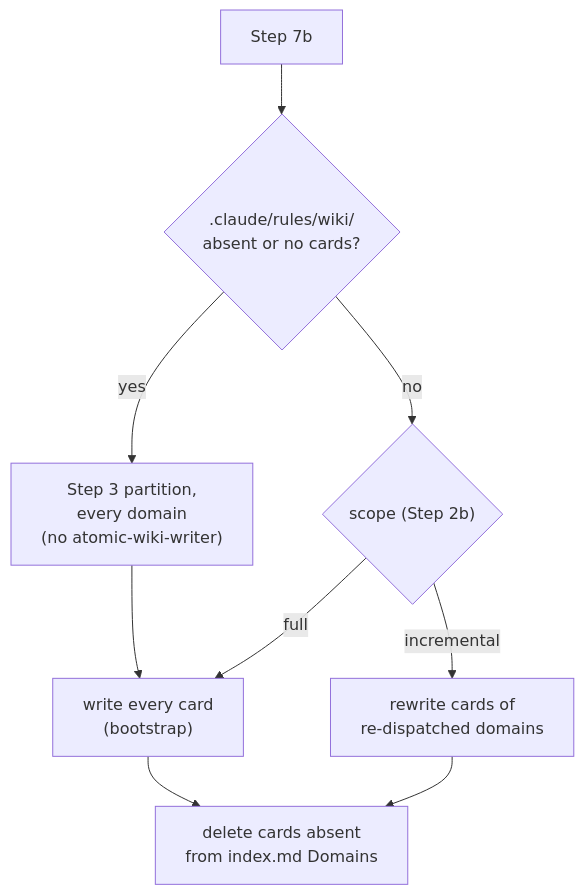
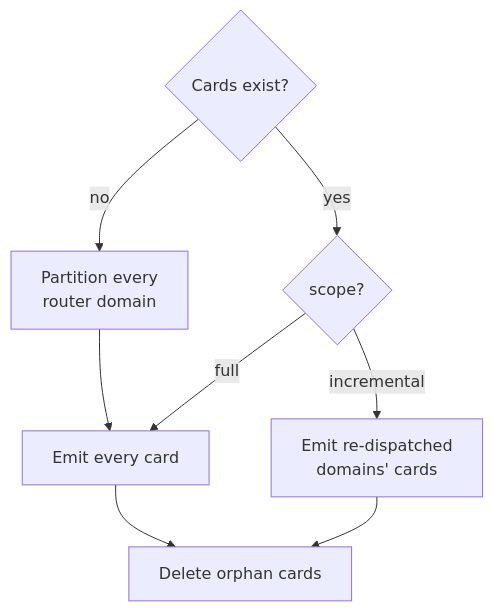
One commit to damusix/atomic-claude changed the third of 5 diagrams in docs/wiki/signals.md. Above: the diagram before and after it, drawn with Mermaid. The commit also changed other lines of this file and 795 other files, not shown here.

First line of the commit message:
feat!: run Atomic on Claude Code, OMP, and Codex

````diff
--- a/docs/wiki/signals.md
+++ b/docs/wiki/signals.md
@@ -76,11 +95,11 @@
 ```mermaid
 flowchart TD
-    S["Step 7b"] --> Q1{".claude/rules/wiki/<br/>absent or no cards?"}
-    Q1 -->|yes| PART["Step 3 partition,<br/>every domain<br/>(no atomic-wiki-writer)"]
-    PART --> ALL["write every card<br/>(bootstrap)"]
-    Q1 -->|no| Q2{"scope (Step 2b)"}
-    Q2 -->|full| ALL
-    Q2 -->|incremental| SOME["rewrite cards of<br/>re-dispatched domains"]
-    ALL --> DEL["delete cards absent<br/>from index.md Domains"]
-    SOME --> DEL
+    %% source: context/skills/atomic-wiki/references/repo.md Step 7b
+    C{"Cards exist?"} -->|no| P["Partition every<br/>router domain"]
+    P --> A["Emit every card"]
+    C -->|yes| S{"scope?"}
+    S -->|full| A
+    S -->|incremental| R["Emit re-dispatched<br/>domains' cards"]
+    A --> D["Delete orphan cards"]
+    R --> D
 ```
````
